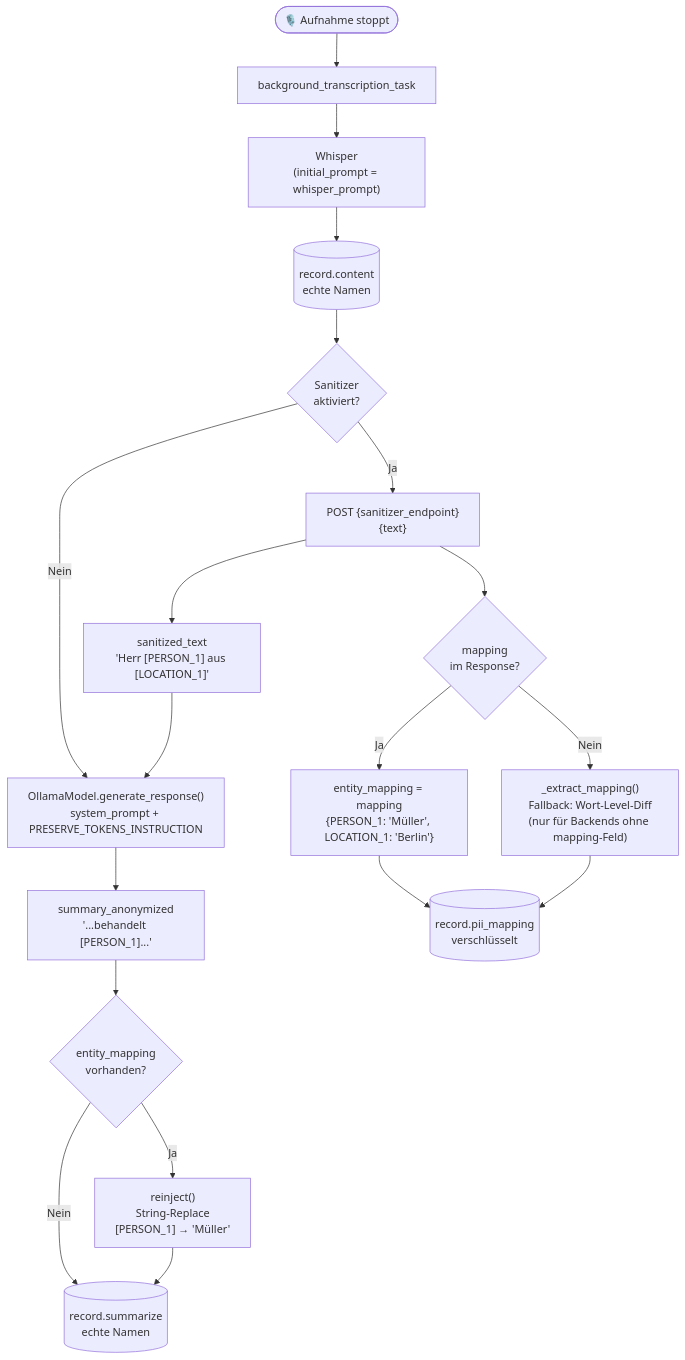
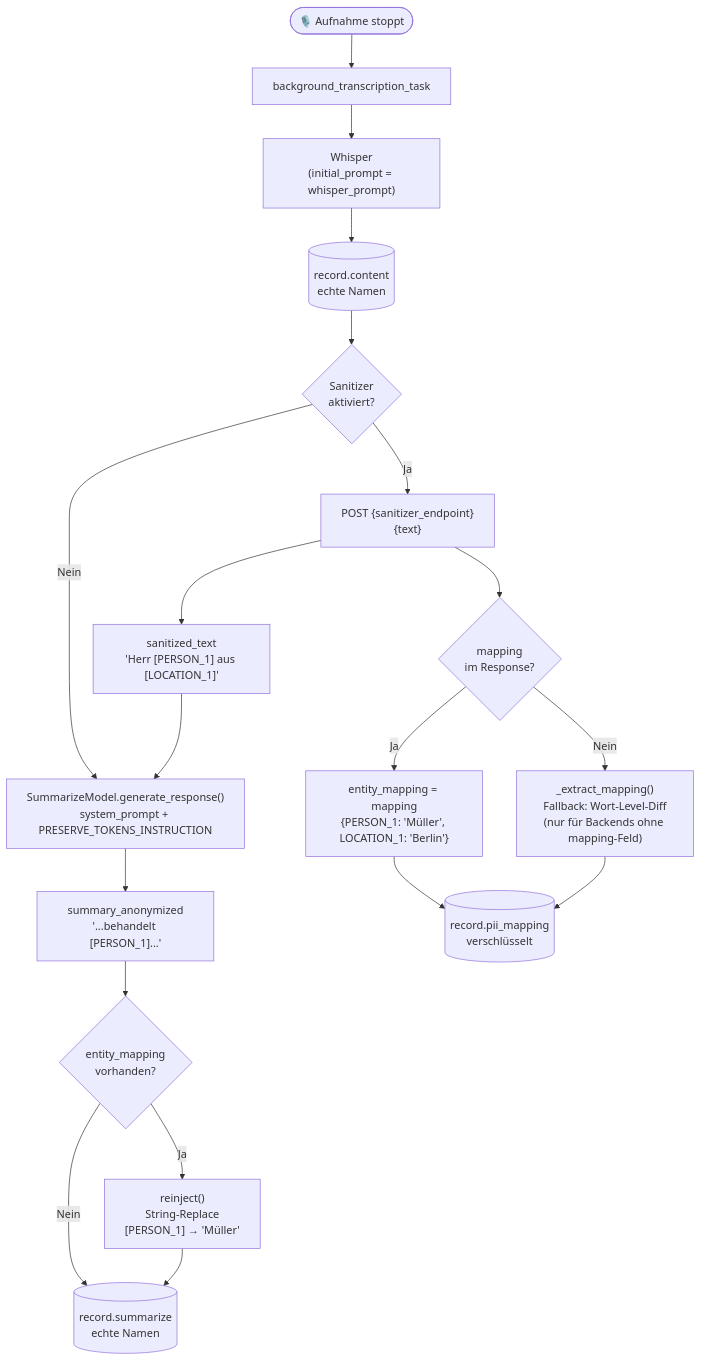
One commit to s2a-open-technologies/openDox changed the diagram in docs/pii.md. Above: the diagram before and after it, drawn with Mermaid. The commit also changed other lines of this file and 28 other files, not shown here.

````diff
--- a/docs/pii.md
+++ b/docs/pii.md
@@ -5,31 +5,31 @@
 ```mermaid
 flowchart TD
     A([🎙️ Aufnahme stoppt]) --> B[background_transcription_task]
 
     B --> C["Whisper\n(initial_prompt = whisper_prompt)"]
     C --> D[(record.content\nechte Namen)]
 
     D --> E{Sanitizer\naktiviert?}
 
     E -- Nein --> G
     E -- Ja --> F["POST {sanitizer_endpoint}\n{text}"]
 
     F --> F1["sanitized_text\n'Herr [PERSON_1] aus [LOCATION_1]'"]
     F --> F2{"mapping\nim Response?"}
     F2 -- Ja --> F2a["entity_mapping = mapping\n{PERSON_1: 'Müller', LOCATION_1: 'Berlin'}"]
     F2 -- Nein --> F2b["_extract_mapping()\nFallback: Wort-Level-Diff\n(nur für Backends ohne mapping-Feld)"]
 
     F2a --> F3[(record.pii_mapping\nverschlüsselt)]
     F2b --> F3
 
-    F1 --> G["OllamaModel.generate_response()\nsystem_prompt + PRESERVE_TOKENS_INSTRUCTION"]
+    F1 --> G["SummarizeModel.generate_response()\nsystem_prompt + PRESERVE_TOKENS_INSTRUCTION"]
 
     G --> H["summary_anonymized\n'...behandelt [PERSON_1]...'"]
 
     H --> I{entity_mapping\nvorhanden?}
     I -- Nein --> J
     I -- Ja --> reinject["reinject()\nString-Replace\n[PERSON_1] → 'Müller'"]
     reinject --> J
 
     J[(record.summarize\nechte Namen)]
 ```
````
